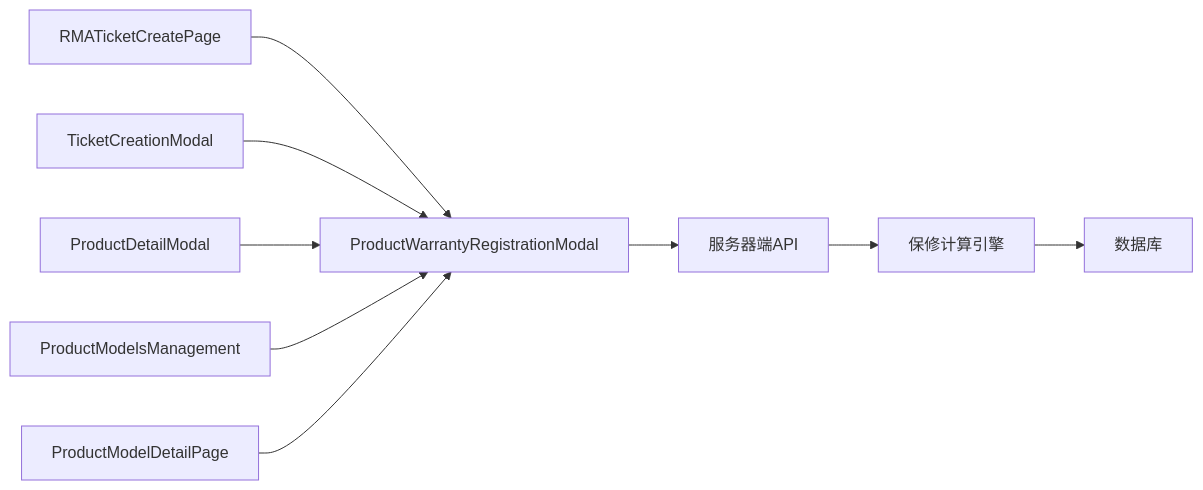
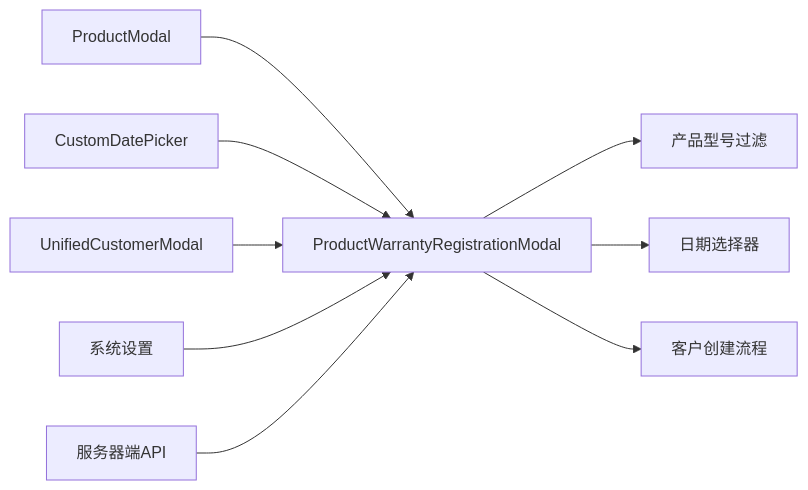
The sixth of 21 diagrams in .qoder/repowiki/zh/content/前端组件架构/保修注册模态框组件.md (CubeEdge/Longhorn), drawn with Mermaid before and after one commit. The commit also changed other lines of this file and 53 other files, not shown here.

````diff
--- a/.qoder/repowiki/zh/content/前端组件架构/保修注册模态框组件.md
+++ b/.qoder/repowiki/zh/content/前端组件架构/保修注册模态框组件.md
@@ -267,11 +303,11 @@
 ```mermaid
 graph LR
-A[RMATicketCreatePage] --> B[ProductWarrantyRegistrationModal]
-C[TicketCreationModal] --> B
-D[ProductDetailModal] --> B
-E[ProductModelsManagement] --> B
-F[ProductModelDetailPage] --> B
-B --> G[服务器端API]
-G --> H[保修计算引擎]
-H --> I[数据库]
+A[ProductModal] --> B[ProductWarrantyRegistrationModal]
+C[CustomDatePicker] --> B
+D[UnifiedCustomerModal] --> B
+E[系统设置] --> B
+F[服务器端API] --> B
+B --> G[产品型号过滤]
+B --> H[日期选择器]
+B --> I[客户创建流程]
 ```
````
